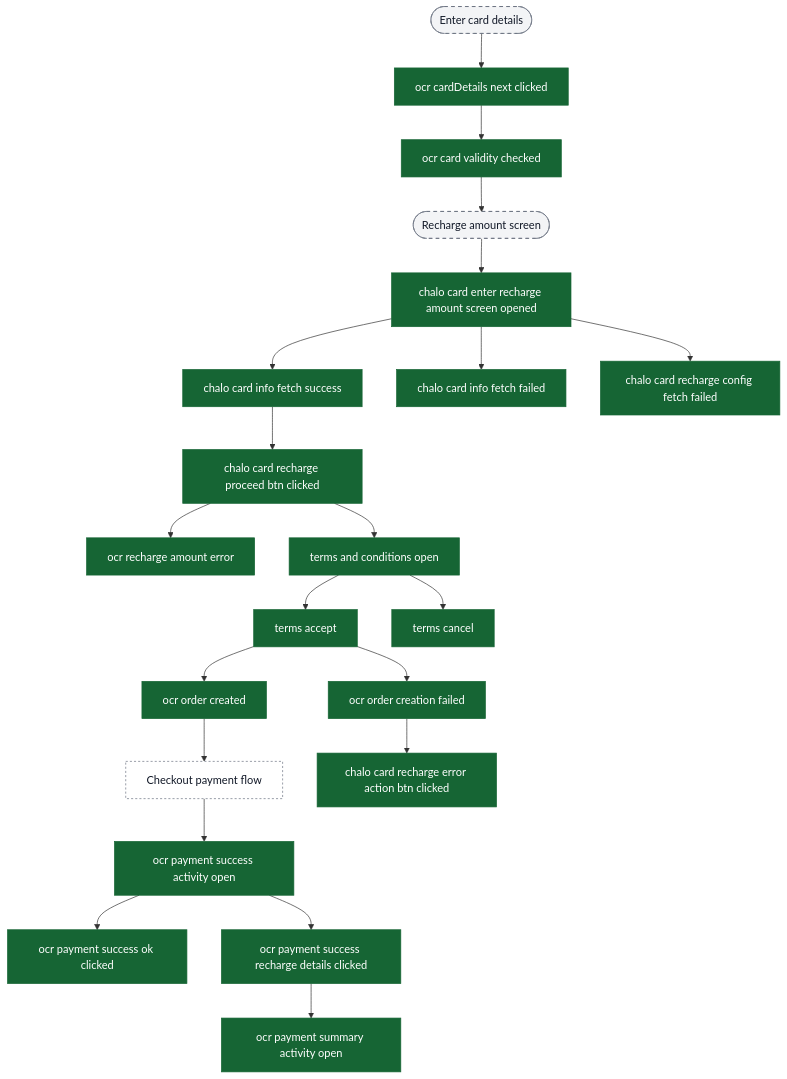
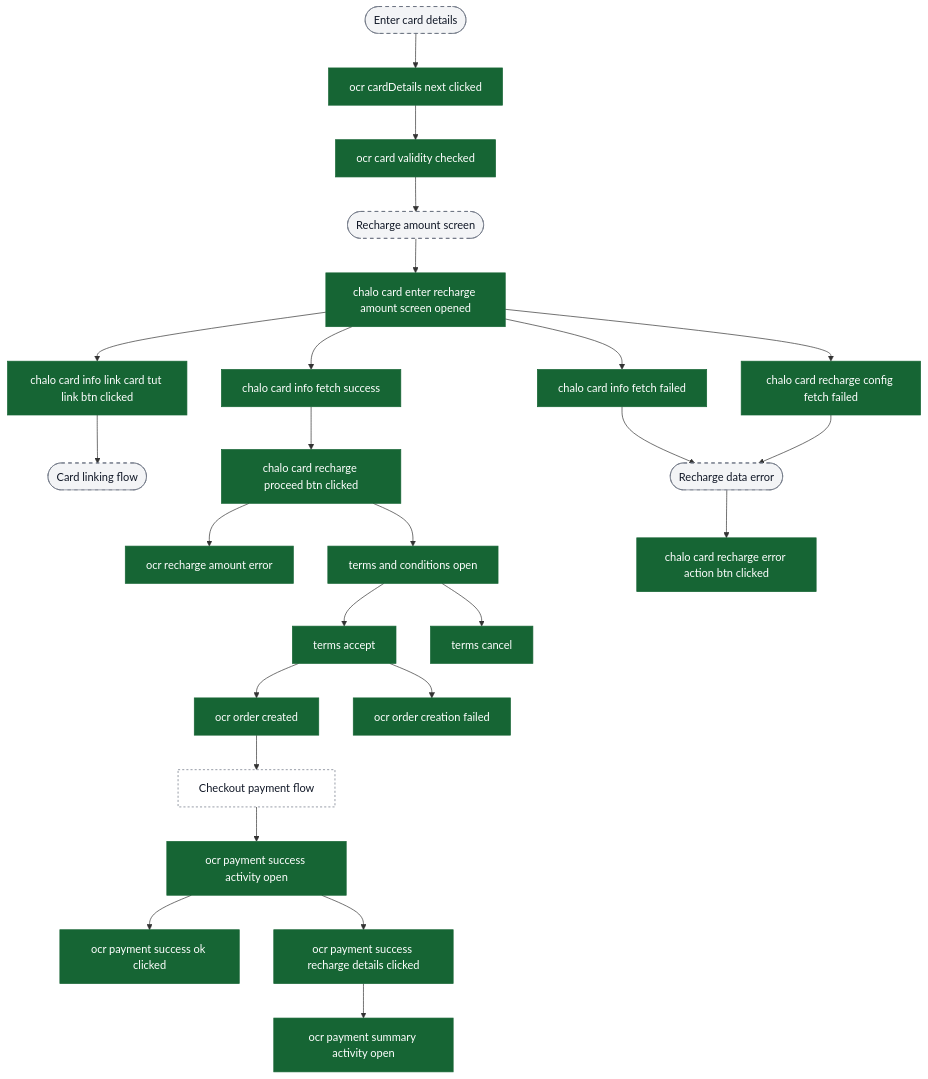
One commit to ratulsarna/chalo-app-dashboard changed the fifth of 12 diagrams in content/analytics/card/flow-diagrams.md. Above: the diagram before and after it, drawn with Mermaid. The commit also changed other lines of this file, not shown here.

Commit message:
feat(analytics): enhance flow diagrams with additional links for Chalo Card and NCMC operations

````diff
--- a/content/analytics/card/flow-diagrams.md
+++ b/content/analytics/card/flow-diagrams.md
@@ -101,40 +112,48 @@
 ```mermaid
 flowchart TD
   ui_enterCard([Enter card details]) --> ev_cardDetailsNext["ocr cardDetails next clicked"]
   ev_cardDetailsNext --> ev_validityCheck["ocr card validity checked"]
 
   ev_validityCheck --> ui_rechargeAmount([Recharge amount screen])
   ui_rechargeAmount --> ev_amountScreenOpen["chalo card enter recharge amount screen opened"]
 
   ev_amountScreenOpen --> ev_cardInfoSuccess["chalo card info fetch success"]
   ev_amountScreenOpen --> ev_cardInfoFailed["chalo card info fetch failed"]
   ev_amountScreenOpen --> ev_configFailed["chalo card recharge config fetch failed"]
+
+  ev_amountScreenOpen --> ev_linkTutorial["chalo card info link card tut link btn clicked"]
+  ev_linkTutorial --> ui_linkingFlow([Card linking flow])
 
   ev_cardInfoSuccess --> ev_proceedClicked["chalo card recharge proceed btn clicked"]
   ev_proceedClicked --> ev_amountError["ocr recharge amount error"]
   ev_proceedClicked --> ev_termsOpen["terms and conditions open"]
 
   ev_termsOpen --> ev_acceptTerms["terms accept"]
   ev_termsOpen --> ev_cancelTerms["terms cancel"]
 
   ev_acceptTerms --> ev_orderCreated["ocr order created"]
   ev_acceptTerms --> ev_orderFailed["ocr order creation failed"]
 
   ev_orderCreated --> ext_checkout[Checkout payment flow]
   ext_checkout --> ev_paymentSuccessOpen["ocr payment success activity open"]
 
   ev_paymentSuccessOpen --> ev_successOk["ocr payment success ok clicked"]
   ev_paymentSuccessOpen --> ev_successDetails["ocr payment success recharge details clicked"]
 
   ev_successDetails --> ev_summaryOpen["ocr payment summary activity open"]
 
-  ev_orderFailed --> ev_errorAction["chalo card recharge error action btn clicked"]
+  ev_cardInfoFailed --> ui_rechargeError([Recharge data error])
+  ev_configFailed --> ui_rechargeError
+  ui_rechargeError --> ev_errorAction["chalo card recharge error action btn clicked"]
 
   classDef event fill:#166534,stroke:#166534,color:#ffffff;
   classDef ui fill:#f3f4f6,stroke:#6b7280,stroke-dasharray: 5 5,color:#111827;
   classDef external fill:#ffffff,stroke:#6b7280,stroke-dasharray: 3 3,color:#111827;
 
-  class ev_cardDetailsNext,ev_validityCheck,ev_amountScreenOpen,ev_cardInfoSuccess,ev_cardInfoFailed,ev_configFailed,ev_proceedClicked,ev_amountError,ev_termsOpen,ev_acceptTerms,ev_cancelTerms,ev_orderCreated,ev_orderFailed,ev_paymentSuccessOpen,ev_successOk,ev_successDetails,ev_summaryOpen,ev_errorAction event;
-  class ui_enterCard,ui_rechargeAmount ui;
+  class ev_cardDetailsNext,ev_validityCheck,ev_amountScreenOpen,ev_cardInfoSuccess,ev_cardInfoFailed,ev_configFailed,ev_linkTutorial,ev_proceedClicked,ev_amountError,ev_termsOpen,ev_acceptTerms,ev_cancelTerms,ev_orderCreated,ev_orderFailed,ev_paymentSuccessOpen,ev_successOk,ev_successDetails,ev_summaryOpen,ev_errorAction event;
+  class ui_enterCard,ui_rechargeAmount,ui_rechargeError,ui_linkingFlow ui;
   class ext_checkout external;
+
+  %%chalo:diagram-link ui_linkingFlow -> title:Funnel: Chalo Card linking
+  %%chalo:diagram-link ext_checkout -> title:Checkout payment events (shared across card types)
 ```
````
